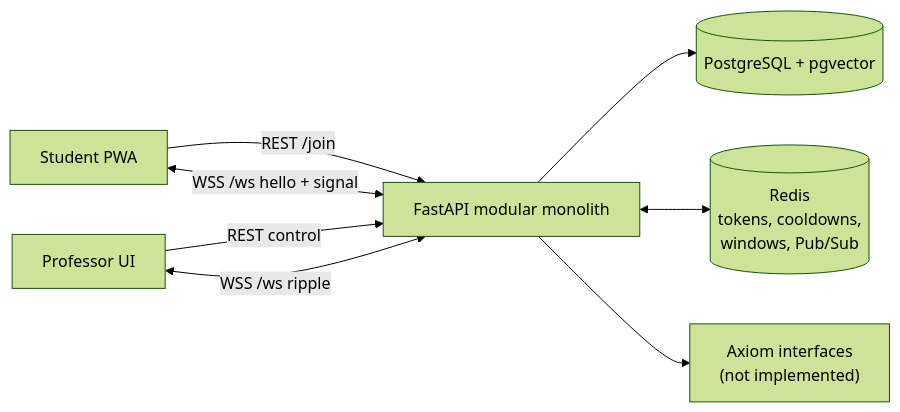
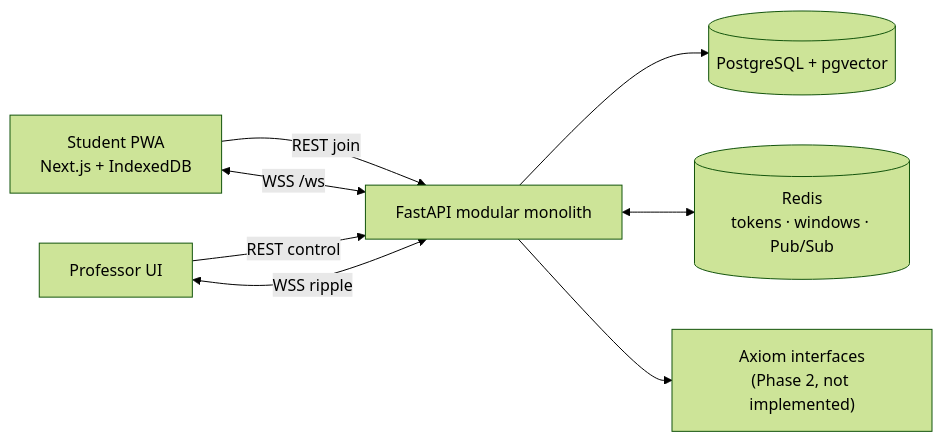
Before and after one commit to Nurzhigittt/project-darisai: the diagram in README.md, drawn with Mermaid (forest theme). The commit also changed other lines of this file and 34 other files, not shown here.

````diff
--- a/README.md
+++ b/README.md
@@ -52,10 +140,10 @@
 ```mermaid
 flowchart LR
-  Student["Student PWA"] -->|REST /join| API["FastAPI modular monolith"]
+  Student["Student PWA<br/>Next.js + IndexedDB"] -->|REST join| API["FastAPI modular monolith"]
+  Student <-->|WSS /ws| API
   Professor["Professor UI"] -->|REST control| API
-  Student <-->|WSS /ws hello + signal| API
-  Professor <-->|WSS /ws ripple| API
+  Professor <-->|WSS ripple| API
   API --> PG[("PostgreSQL + pgvector")]
-  API <--> Redis[("Redis<br/>tokens, cooldowns,<br/>windows, Pub/Sub")]
-  API --> Axiom["Axiom interfaces<br/>(not implemented)"]
+  API <--> Redis[("Redis<br/>tokens · windows · Pub/Sub")]
+  API --> Axiom["Axiom interfaces<br/>(Phase 2, not implemented)"]
 ```
````
